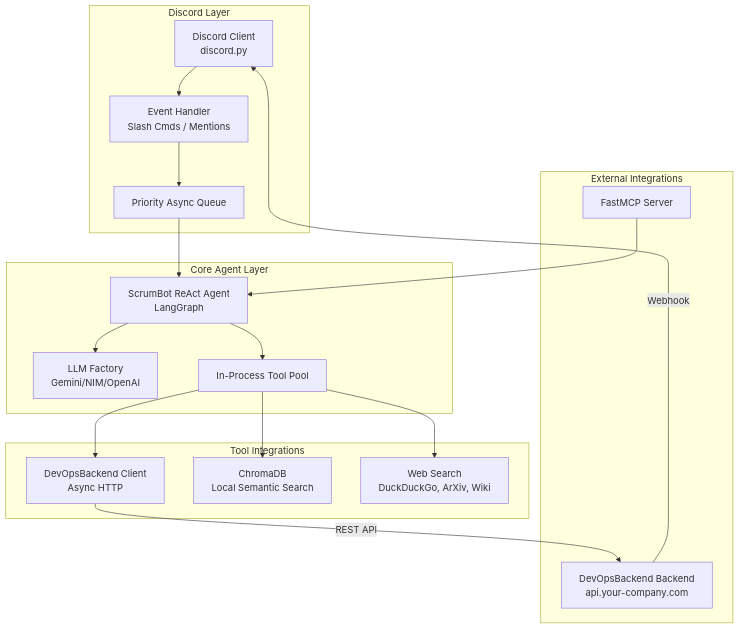
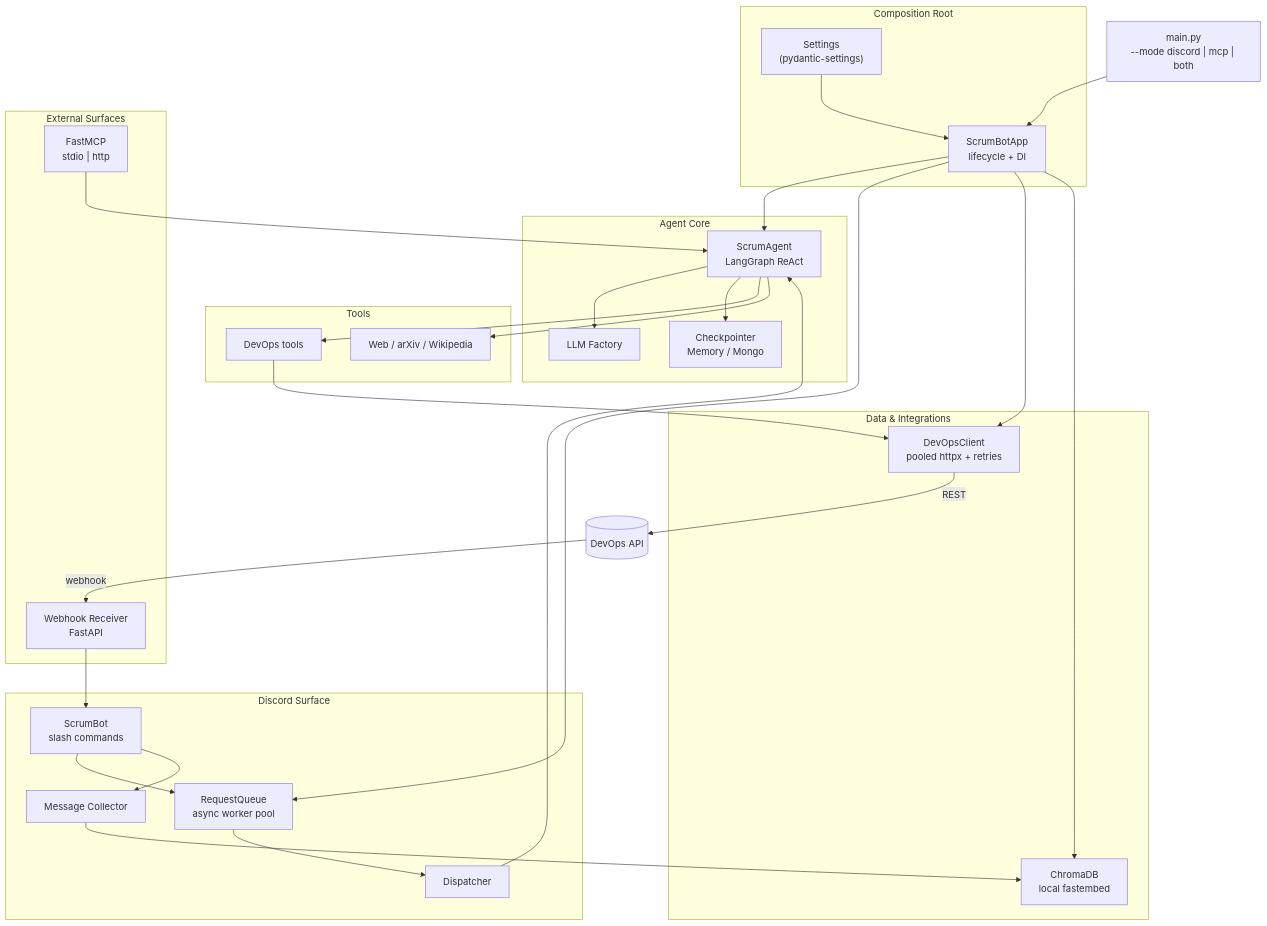
The diagram in README.md (Raul909/AI-ScrumBot), drawn with Mermaid before and after one commit. The commit also changed other lines of this file, not shown here.

First line of the commit message:
docs: rewrite README to match the real architecture

````diff
--- a/README.md
+++ b/README.md
@@ -64,25 +61,49 @@
 ```mermaid
 graph TB
-    subgraph "Discord Layer"
-        DC[Discord Client<br/>discord.py] --> EH[Event Handler<br/>Slash Cmds / Mentions]
-        EH --> RQ[Priority Async Queue]
+    M["main.py<br/>--mode discord | mcp | both"]
+
+    subgraph Root["Composition Root"]
+        CFG["Settings<br/>(pydantic-settings)"]
+        APP["ScrumBotApp<br/>lifecycle + DI"]
     end
-    
-    subgraph "Core Agent Layer"
-        RQ --> SA[ScrumBot ReAct Agent<br/>LangGraph]
-        SA --> LLM[LLM Factory<br/>Gemini/NIM/OpenAI]
-        SA --> TP[In-Process Tool Pool]
+
+    subgraph Discord["Discord Surface"]
+        BOT["ScrumBot<br/>slash commands"]
+        Q["RequestQueue<br/>async worker pool"]
+        DISP["Dispatcher"]
+        COL["Message Collector"]
     end
-    
-    subgraph "Tool Integrations"
-        TP --> LP[DevOpsBackend Client<br/>Async HTTP]
-        TP --> CH[ChromaDB<br/>Local Semantic Search]
-        TP --> WT[Web Search<br/>DuckDuckGo, ArXiv, Wiki]
+
+    subgraph Core["Agent Core"]
+        AG["ScrumAgent<br/>LangGraph ReAct"]
+        LLM["LLM Factory"]
+        MEM["Checkpointer<br/>Memory / Mongo"]
     end
-    
-    subgraph "External Integrations"
-        LP -->|REST API| LPA[DevOpsBackend Backend<br/>api.your-company.com]
-        LPA -->|Webhook| DC
-        MCP[FastMCP Server] --> SA
+
+    subgraph Tools["Tools"]
+        DOT["DevOps tools"]
+        WEB["Web / arXiv / Wikipedia"]
     end
+
+    subgraph Data["Data & Integrations"]
+        DC["DevOpsClient<br/>pooled httpx + retries"]
+        CH["ChromaDB<br/>local fastembed"]
+    end
+
+    subgraph Ext["External Surfaces"]
+        MCP["FastMCP<br/>stdio | http"]
+        WH["Webhook Receiver<br/>FastAPI"]
+    end
+
+    M --> APP
+    CFG --> APP
+    APP --> AG & Q & DC & CH
+    BOT --> Q --> DISP --> AG
+    BOT --> COL --> CH
+    AG --> LLM & MEM
+    AG --> DOT --> DC
+    AG --> WEB
+    DC -->|REST| API[("DevOps API")]
+    API -->|webhook| WH --> BOT
+    MCP --> AG
 ```
````
